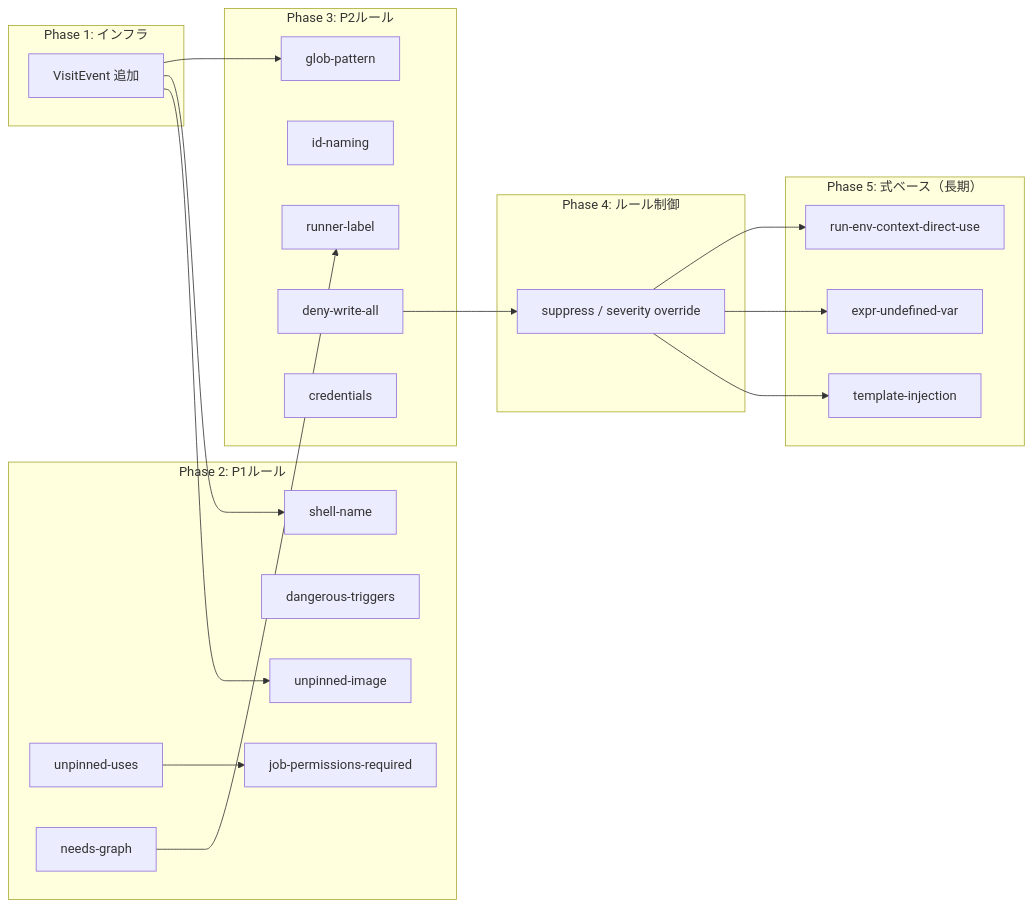
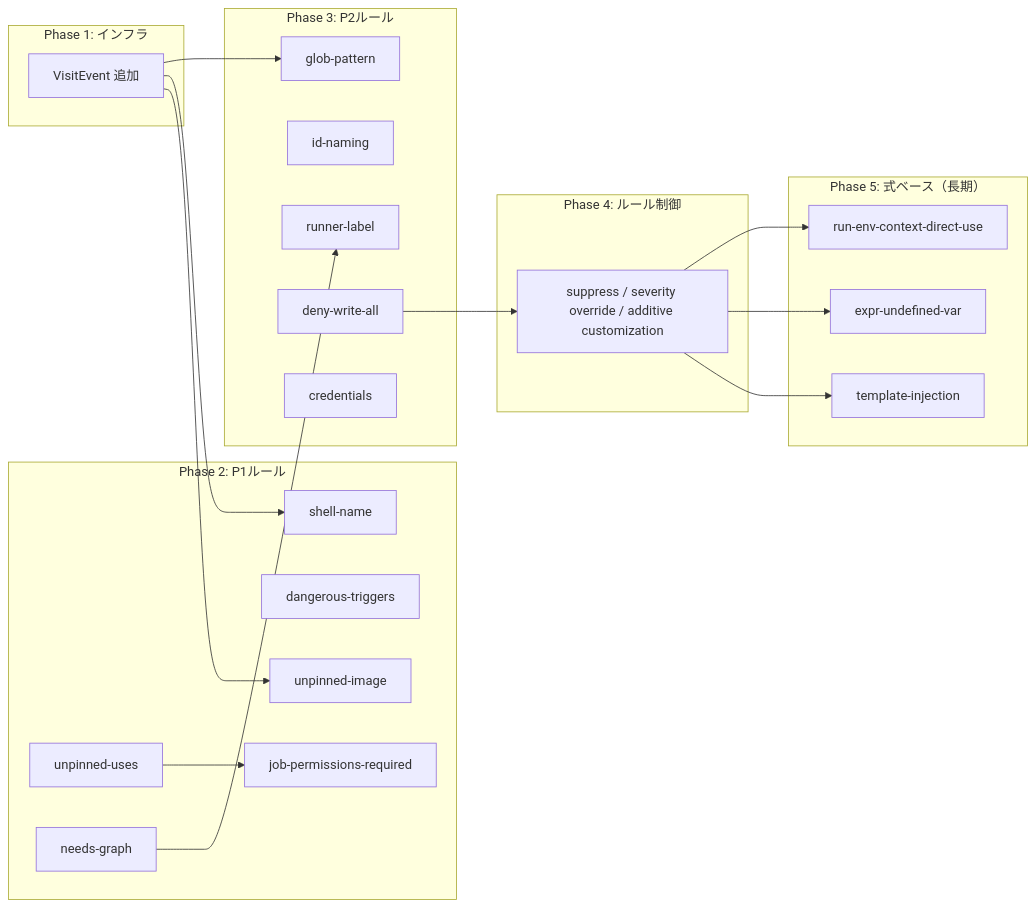
One commit to guitarrapc/seiton changed the diagram in Docs/linter_implementation_csharp_plan.md. Above: the diagram before and after it, drawn with Mermaid. The commit also changed other lines of this file and 6 other files, not shown here.

````diff
--- a/Docs/linter_implementation_csharp_plan.md
+++ b/Docs/linter_implementation_csharp_plan.md
@@ -440,38 +480,38 @@
 ```mermaid
 graph LR
 subgraph "Phase 1: インフラ"
   P1A["VisitEvent 追加"]
 end
 subgraph "Phase 2: P1ルール"
   P2A["unpinned-uses"]
   P2B["unpinned-image"]
   P2C["dangerous-triggers"]
   P2D["job-permissions-required"]
   P2E["needs-graph"]
   P2F["shell-name"]
 end
 subgraph "Phase 3: P2ルール"
   P3A["runner-label"]
   P3B["id-naming"]
   P3C["glob-pattern"]
   P3D["deny-write-all"]
   P3E["credentials"]
 end
 subgraph "Phase 4: ルール制御"
-  P4["suppress / severity override"]
+  P4["suppress / severity override / additive customization"]
 end
 subgraph "Phase 5: 式ベース（長期）"
   P5A["template-injection"]
   P5B["expr-undefined-var"]
   P5C["run-env-context-direct-use"]
 end
 P1A --> P2B
 P1A --> P2F
 P1A --> P3C
 P2A --> P2D
 P2E --> P3A
 P3D --> P4
 P4 --> P5A
 P4 --> P5B
 P4 --> P5C
 ```
````
